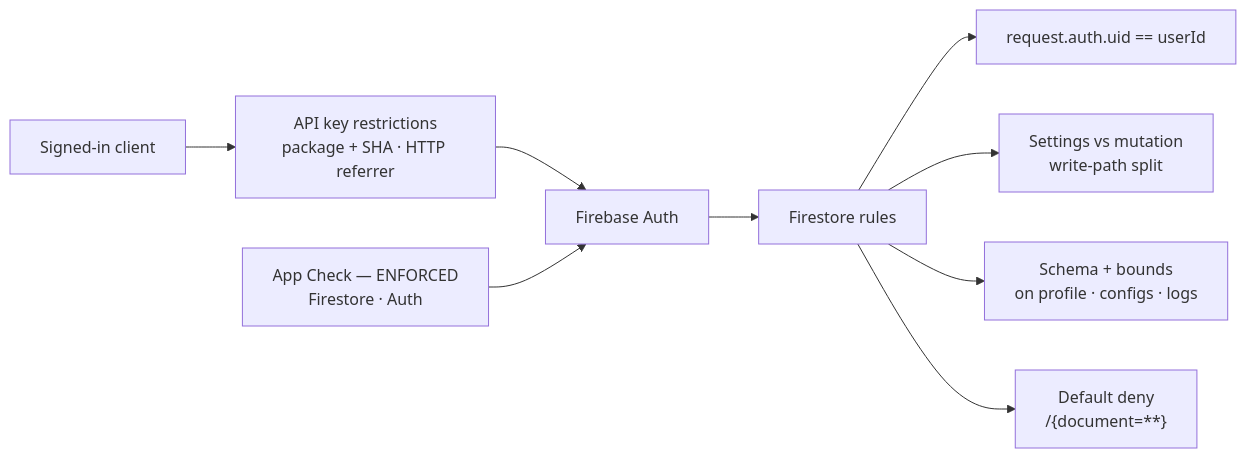
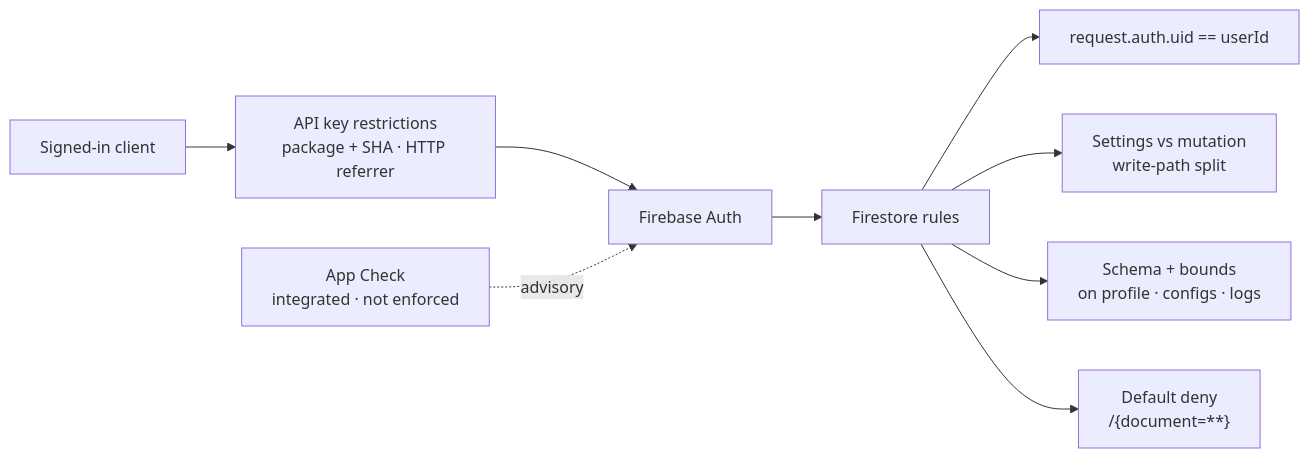
One commit to shareef01/tabakpp changed the second of 2 diagrams in README.md. Above: the diagram before and after it, drawn with Mermaid. The commit also changed other lines of this file and 1 other file, not shown here.

````diff
--- a/README.md
+++ b/README.md
@@ -101,13 +101,13 @@
 ```mermaid
 flowchart LR
   Client["Signed-in client"] --> Key["API key restrictions<br/>package + SHA · HTTP referrer"]
   Key --> Auth["Firebase Auth"]
   Auth --> Rules["Firestore rules"]
 
   Rules --> Owner["request.auth.uid == userId"]
   Rules --> Split["Settings vs mutation<br/>write-path split"]
   Rules --> Shape["Schema + bounds<br/>on profile · configs · logs"]
   Rules --> Deny["Default deny<br/>/{document=**}"]
 
-  AC["App Check — ENFORCED<br/>Firestore · Auth"] --> Auth
+  AC["App Check<br/>integrated · not enforced"] -. advisory .-> Auth
 ```
````
